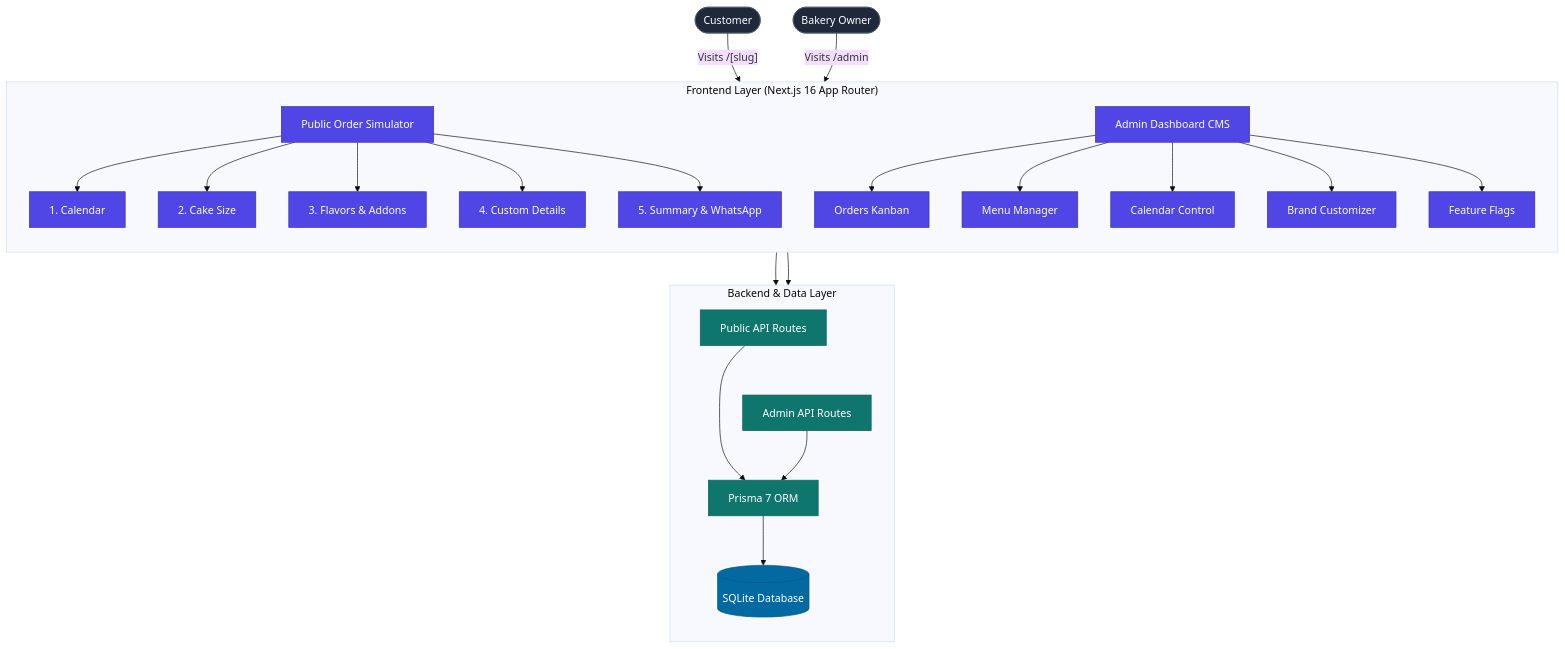
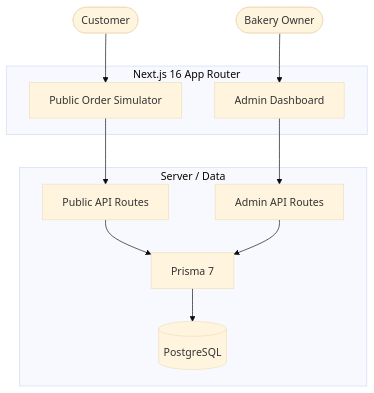
One commit to Gyliardson/lmere-studio changed the diagram in README.md. Above: the diagram before and after it, drawn with Mermaid (base theme). The commit also changed other lines of this file and 21 other files, not shown here.

````diff
--- a/README.md
+++ b/README.md
@@ -65,64 +67,25 @@
 ```mermaid
 flowchart TD
     Customer(["Customer"])
     Owner(["Bakery Owner"])
 
-    subgraph Frontend["Frontend Layer (Next.js 16 App Router)"]
-        direction TD
+    subgraph Frontend["Next.js 16 App Router"]
         Simulator["Public Order Simulator"]
-        CMS["Admin Dashboard CMS"]
-        
-        S1["1. Calendar"]
-        S2["2. Cake Size"]
-        S3["3. Flavors & Addons"]
-        S4["4. Custom Details"]
-        S5["5. Summary & WhatsApp"]
-
-        M1["Orders Kanban"]
-        M2["Menu Manager"]
-        M3["Calendar Control"]
-        M4["Brand Customizer"]
-        M5["Feature Flags"]
-
-        Simulator --> S1
-        Simulator --> S2
-        Simulator --> S3
-        Simulator --> S4
-        Simulator --> S5
-
-        CMS --> M1
-        CMS --> M2
-        CMS --> M3
-        CMS --> M4
-        CMS --> M5
+        CMS["Admin Dashboard"]
     end
 
-    subgraph Backend["Backend & Data Layer"]
-        direction TD
+    subgraph Backend["Server / Data"]
         APIPub["Public API Routes"]
         APIAdm["Admin API Routes"]
-        ORM["Prisma 7 ORM"]
-        DB[("SQLite Database")]
-
-        APIPub ~~~ APIAdm
-        APIPub --> ORM
-        APIAdm --> ORM
-        ORM --> DB
+        ORM["Prisma 7"]
+        DB[("PostgreSQL")]
     end
 
-    Customer -->|"Visits /[slug]"| Simulator
-    Owner -->|"Visits /admin"| CMS
-
+    Customer --> Simulator
+    Owner --> CMS
     Simulator --> APIPub
     CMS --> APIAdm
-
-    classDef actor fill:#1e293b,stroke:#475569,color:#ffffff;
-    classDef fe fill:#4f46e5,stroke:#3730a3,color:#ffffff;
-    classDef be fill:#0f766e,stroke:#115e59,color:#ffffff;
-    classDef db fill:#0369a1,stroke:#075985,color:#ffffff;
-
-    class Customer,Owner actor;
-    class Simulator,CMS,S1,S2,S3,S4,S5,M1,M2,M3,M4,M5 fe;
-    class APIPub,APIAdm,ORM be;
-    class DB db;
+    APIPub --> ORM
+    APIAdm --> ORM
+    ORM --> DB
 ```
````
